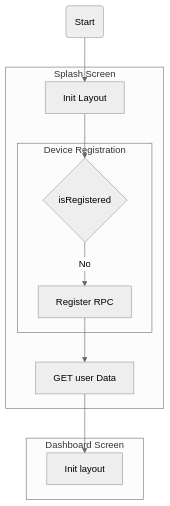
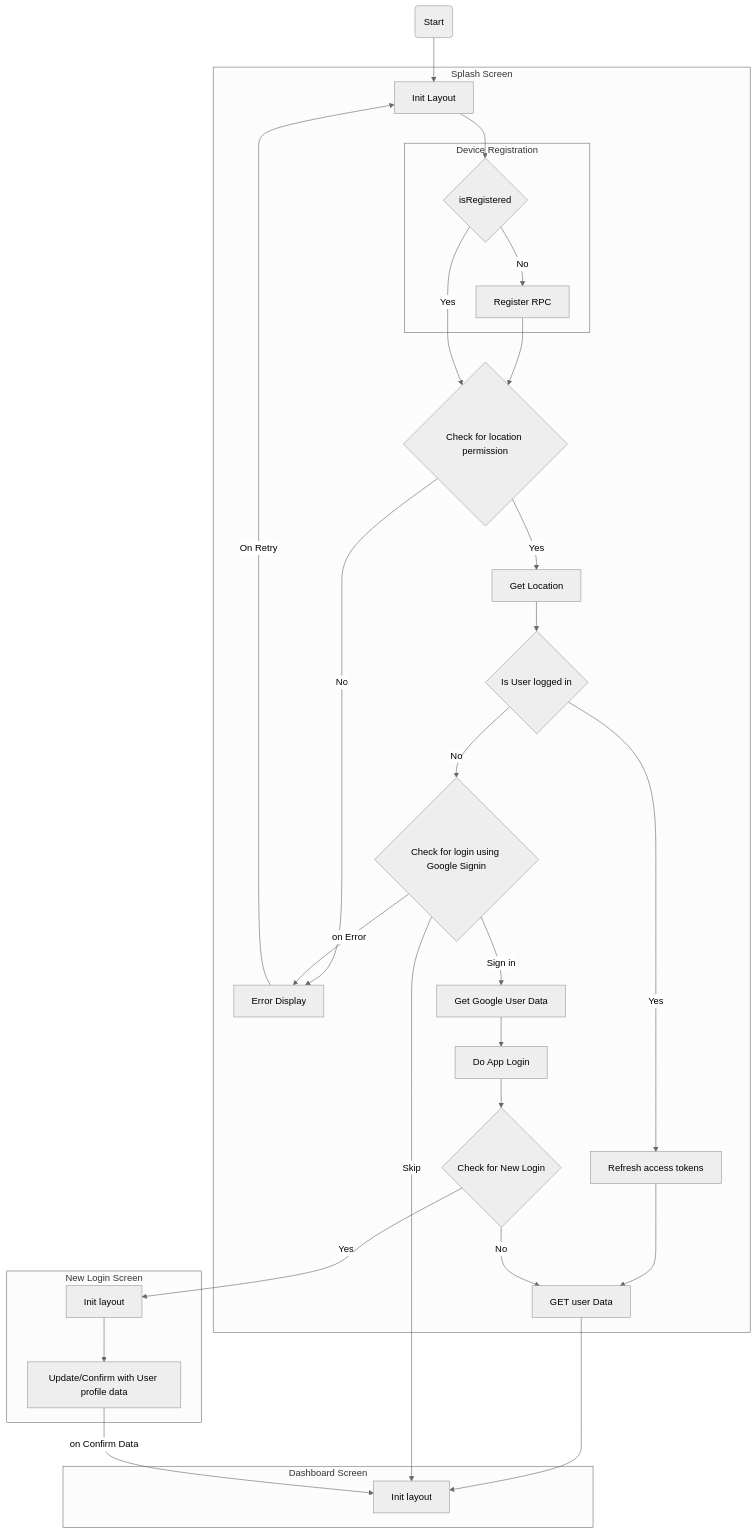
Before and after one commit to aburv/tsts: the diagram in docs/interface-flow.md, drawn with Mermaid (neutral theme).

Commit message:
[Doc] Add user registration/login flow to interface-flow.md

````diff
--- a/docs/interface-flow.md
+++ b/docs/interface-flow.md
@@ -2,15 +2,34 @@
 ```mermaid
 flowchart TD
     A(Start) --> B
     subgraph Splash Screen
       B[Init Layout] --> C
       subgraph Device Registration
         C{isRegistered} --> |No| D[Register RPC]
       end
-      D --> K[GET user Data]
+      D --> E{Check for location permission}
+      C --> |Yes| E
+      E --> |Yes| F[Get Location]
+      E --> |No| G[Error Display]
+      F --> H{Is User logged in}
+      G --> |On Retry| B
+      H --> |Yes| I[Refresh access tokens]
+      H --> |No| J{Check for login using Google Signin}
+      J --> |on Error| G
+      I --> K[GET user Data]
+      J --> |Sign in| L[Get Google User Data]
+      L --> M[Do App Login]
+      M --> N{Check for New Login}
+      N --> |No| K
     end
+    N --> |Yes| U
     K --> Y
+    J --> |Skip| Y
+    V --> |on Confirm Data| Y
+    subgraph New Login Screen
+      U[Init layout] --> V[Update/Confirm with User profile data]
+    end
     subgraph Dashboard Screen
       Y[Init layout]
     end
 ```
````
